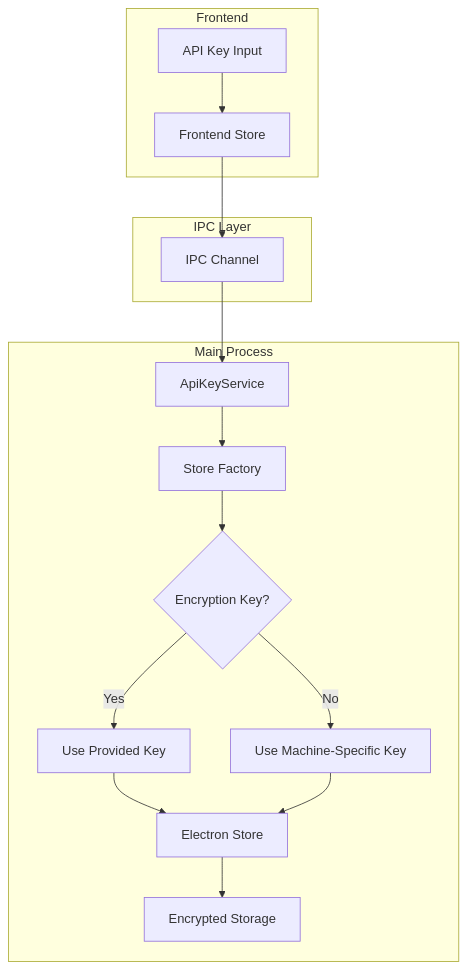
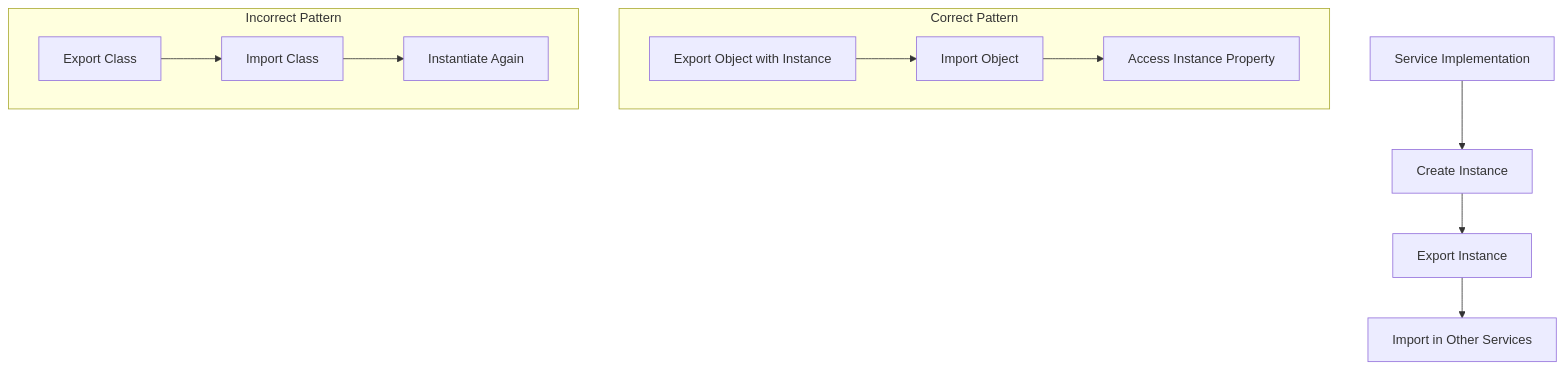
Before and after one commit to Synaptic-Labs-AI/codex-md: diagram 13 of 15 in cline_docs/systemPatterns.md, drawn with Mermaid. The commit also changed other lines of this file and 15 other files, not shown here.

````diff
--- a/cline_docs/systemPatterns.md
+++ b/cline_docs/systemPatterns.md
@@ -659,32 +747,16 @@
 ```mermaid
 flowchart TD
-    A[API Key Input] --> B[Frontend Store]
-    B --> C[IPC Channel]
-    C --> D[ApiKeyService]
-    D --> E[Store Factory]
-    E --> F{Encryption Key?}
-    F -->|Yes| G[Use Provided Key]
-    F -->|No| H[Use Machine-Specific Key]
-    G --> I[Electron Store]
-    H --> I
-    I --> J[Encrypted Storage]
+    A[Service Implementation] --> B[Create Instance]
+    B --> C[Export Instance]
+    C --> D[Import in Other Services]
     
-    subgraph Frontend
-        A
-        B
+    subgraph Correct Pattern
+        E[Export Object with Instance] --> F[Import Object]
+        F --> G[Access Instance Property]
     end
     
-    subgraph IPC Layer
-        C
-    end
-    
-    subgraph Main Process
-        D
-        E
-        F
-        G
-        H
-        I
-        J
+    subgraph Incorrect Pattern
+        H[Export Class] --> I[Import Class]
+        I --> J[Instantiate Again]
     end
 ```
````
